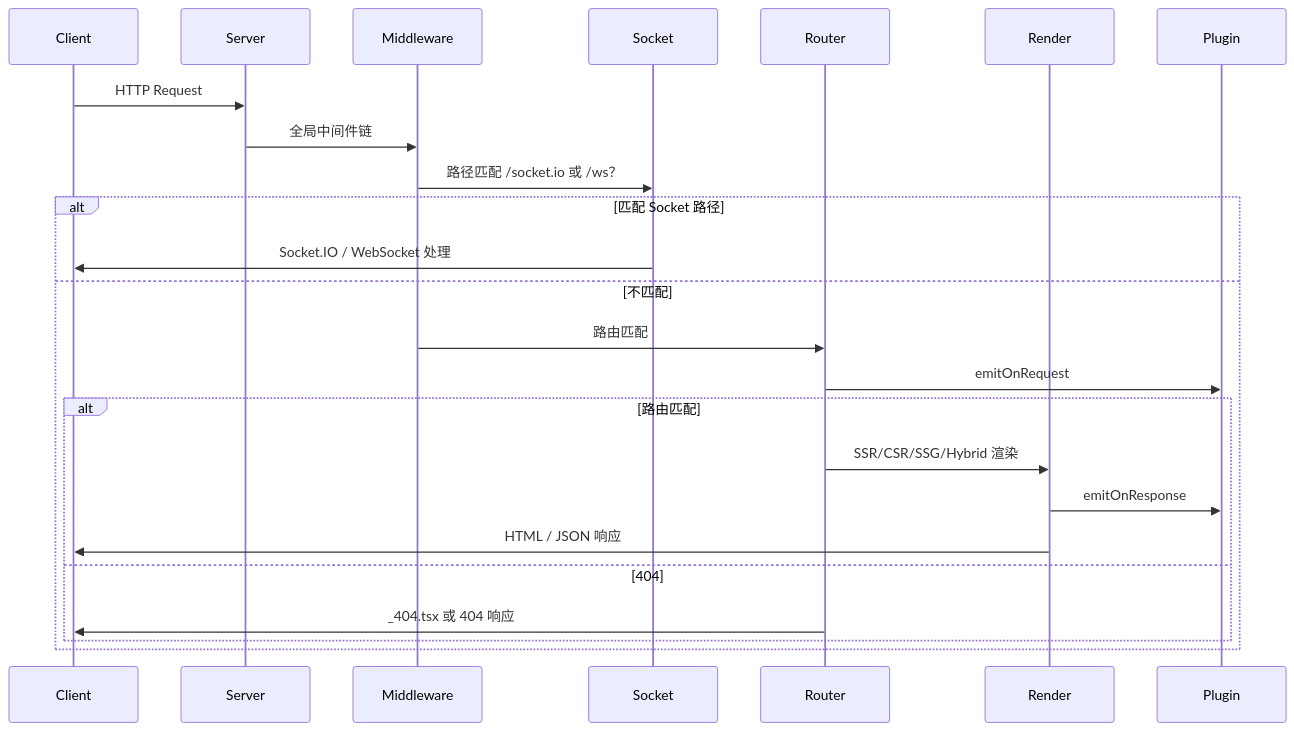
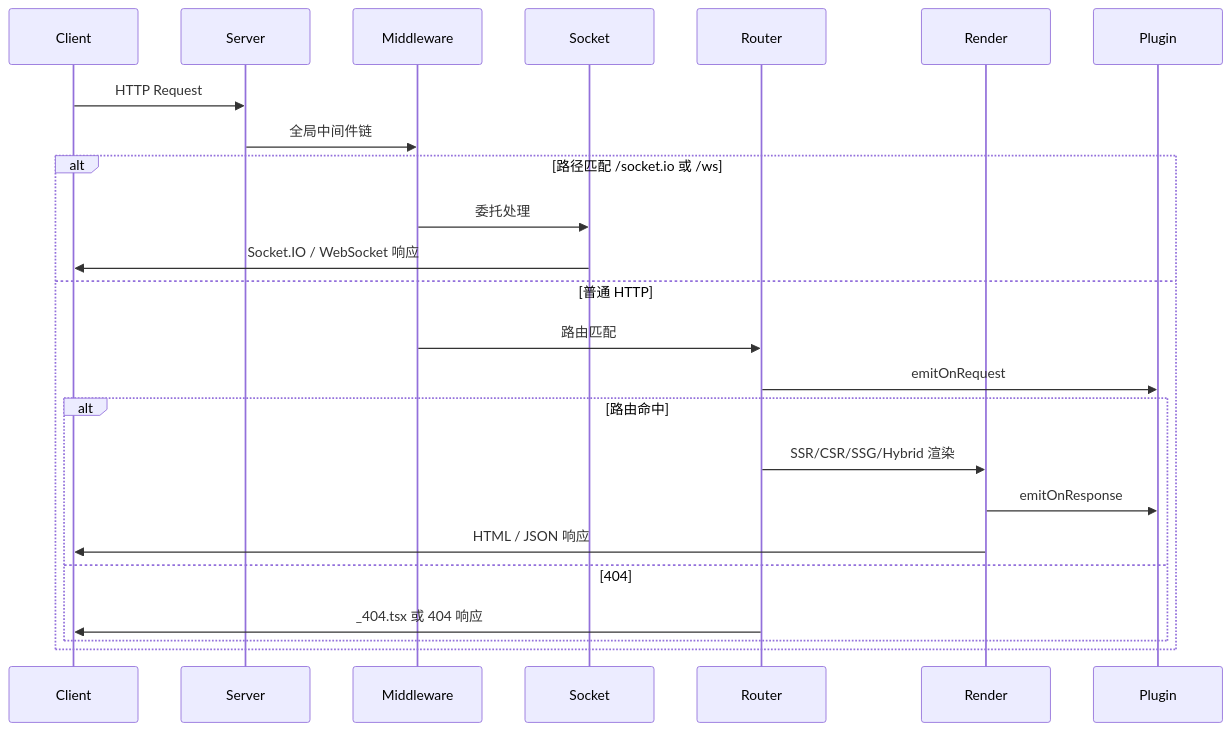
The second of 2 diagrams in README.md (shuliangfu/dweb), drawn with Mermaid before and after one commit.

Commit message:
docs: 更新 README 中的序列图描述
- 修改中间件与 Socket 处理的描述，明确路径匹配逻辑
- 优化 HTTP 请求与响应的流程说明

````diff
--- a/README.md
+++ b/README.md
@@ -262,27 +262,28 @@
 ```mermaid
 sequenceDiagram
     participant Client
     participant Server
     participant Middleware
     participant Socket
     participant Router
     participant Render
     participant Plugin
 
     Client->>Server: HTTP Request
     Server->>Middleware: 全局中间件链
-    Middleware->>Socket: 路径匹配 /socket.io 或 /ws？
-    alt 匹配 Socket 路径
-        Socket->>Client: Socket.IO / WebSocket 处理
-    else 不匹配
+
+    alt 路径匹配 /socket.io 或 /ws
+        Middleware->>Socket: 委托处理
+        Socket->>Client: Socket.IO / WebSocket 响应
+    else 普通 HTTP
         Middleware->>Router: 路由匹配
         Router->>Plugin: emitOnRequest
-        alt 路由匹配
+        alt 路由命中
             Router->>Render: SSR/CSR/SSG/Hybrid 渲染
             Render->>Plugin: emitOnResponse
             Render->>Client: HTML / JSON 响应
         else 404
             Router->>Client: _404.tsx 或 404 响应
         end
     end
 ```
````
